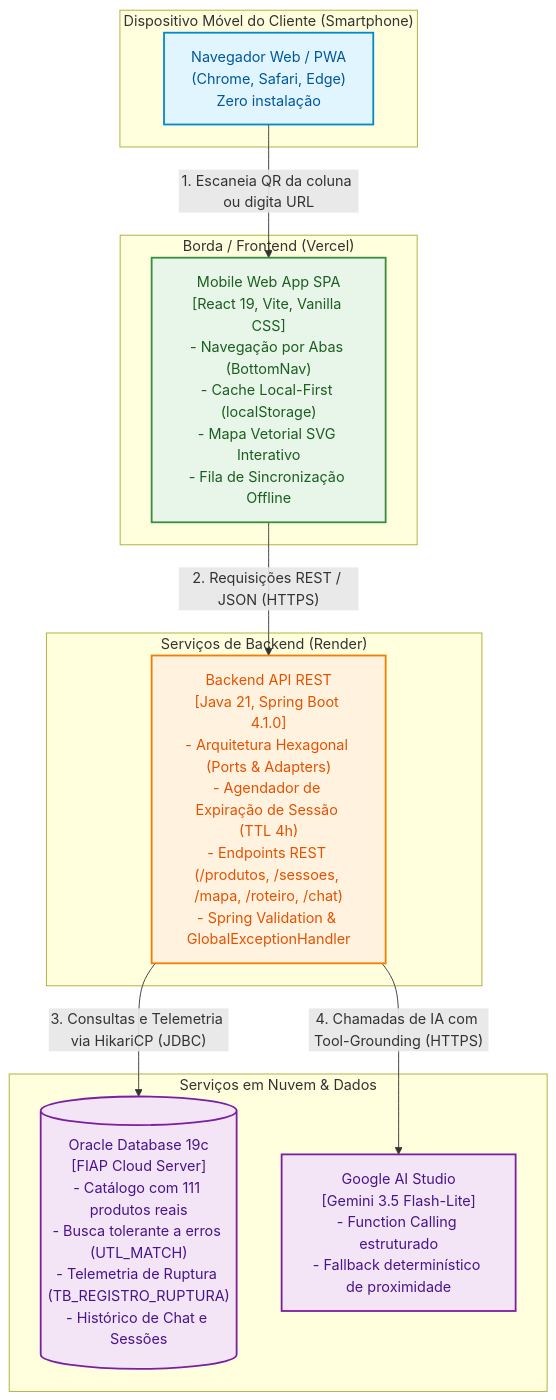
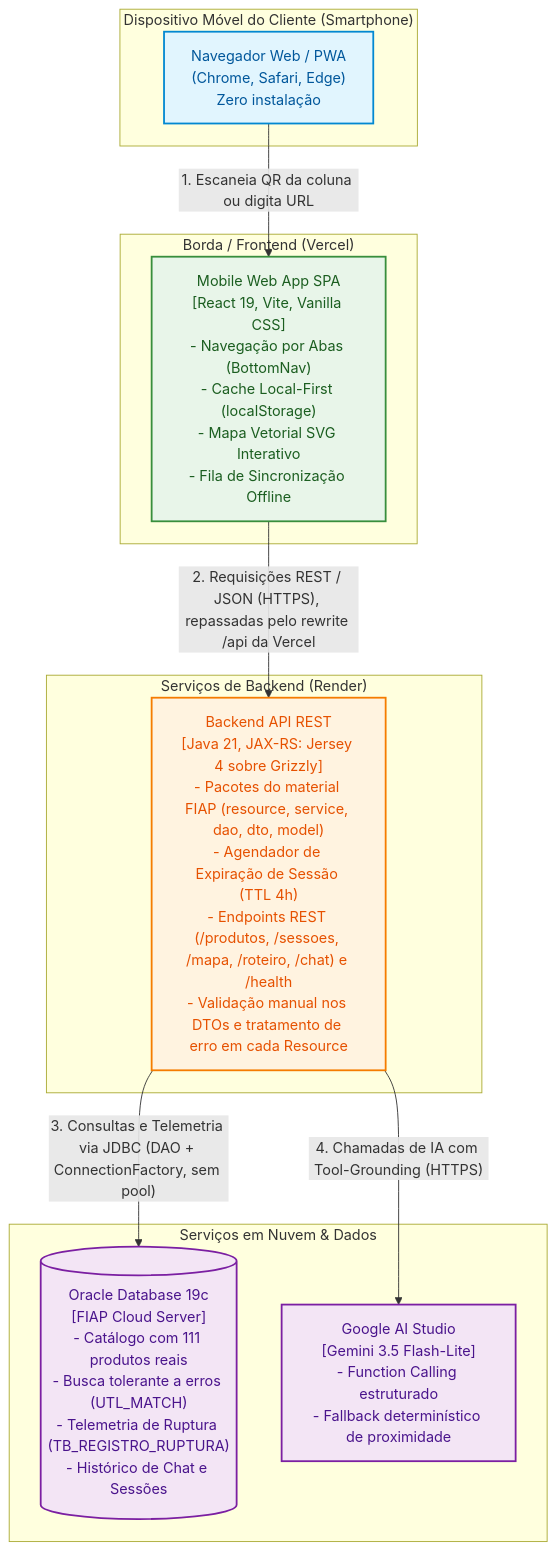
The second of 2 diagrams in docs/arquitetura/c4-model-atual.md (JoaoRicardoSOC/merlin-route-finder), drawn with Mermaid before and after one commit. The commit also changed other lines of this file and 1 other file, not shown here.

Commit message:
docs(arquitetura): C4 com o backend em JAX-RS
O conteiner da API passa a ser Jersey sobre Grizzly com JDBC sem pool;
a chamada do frontend passa pelo rewrite /api da Vercel; as decisoes
citadas trocam as do Spring (REQUIRES_NEW, open-in-view, pool Hikari)
pelas da migracao (D-89, D-90, D-91, D-94). Fecha o passo 11.4.

````diff
--- a/docs/arquitetura/c4-model-atual.md
+++ b/docs/arquitetura/c4-model-atual.md
@@ -44,34 +44,34 @@
 ```mermaid
 graph TB
     subgraph Cliente["Dispositivo Móvel do Cliente (Smartphone)"]
         Browser["Navegador Web / PWA\n(Chrome, Safari, Edge)\nZero instalação"]
     end
 
     subgraph Nuvem_Vercel["Borda / Frontend (Vercel)"]
         WebApp["Mobile Web App SPA\n[React 19, Vite, Vanilla CSS]\n- Navegação por Abas (BottomNav)\n- Cache Local-First (localStorage)\n- Mapa Vetorial SVG Interativo\n- Fila de Sincronização Offline"]
     end
 
     subgraph Nuvem_Render["Serviços de Backend (Render)"]
-        API["Backend API REST\n[Java 21, Spring Boot 4.1.0]\n- Arquitetura Hexagonal (Ports & Adapters)\n- Agendador de Expiração de Sessão (TTL 4h)\n- Endpoints REST (/produtos, /sessoes, /mapa, /roteiro, /chat)\n- Spring Validation & GlobalExceptionHandler"]
+        API["Backend API REST\n[Java 21, JAX-RS: Jersey 4 sobre Grizzly]\n- Pacotes do material FIAP (resource, service, dao, dto, model)\n- Agendador de Expiração de Sessão (TTL 4h)\n- Endpoints REST (/produtos, /sessoes, /mapa, /roteiro, /chat) e /health\n- Validação manual nos DTOs e tratamento de erro em cada Resource"]
     end
 
     subgraph Provedores_Externos["Serviços em Nuvem & Dados"]
         OracleDB[("Oracle Database 19c\n[FIAP Cloud Server]\n- Catálogo com 111 produtos reais\n- Busca tolerante a erros (UTL_MATCH)\n- Telemetria de Ruptura (TB_REGISTRO_RUPTURA)\n- Histórico de Chat e Sessões")]
         GeminiAPI["Google AI Studio\n[Gemini 3.5 Flash-Lite]\n- Function Calling estruturado\n- Fallback determinístico de proximidade"]
     end
 
     Browser -->|"1. Escaneia QR da coluna ou digita URL"| WebApp
-    WebApp -->|"2. Requisições REST / JSON (HTTPS)"| API
-    API -->|"3. Consultas e Telemetria via HikariCP (JDBC)"| OracleDB
+    WebApp -->|"2. Requisições REST / JSON (HTTPS), repassadas pelo rewrite /api da Vercel"| API
+    API -->|"3. Consultas e Telemetria via JDBC (DAO + ConnectionFactory, sem pool)"| OracleDB
     API -->|"4. Chamadas de IA com Tool-Grounding (HTTPS)"| GeminiAPI
 
     classDef client fill:#E1F5FE,stroke:#0288D1,stroke-width:2px,color:#01579B;
     classDef vercel fill:#E8F5E9,stroke:#388E3C,stroke-width:2px,color:#1B5E20;
     classDef render fill:#FFF3E0,stroke:#F57C00,stroke-width:2px,color:#E65100;
     classDef extern fill:#F3E5F5,stroke:#7B1FA2,stroke-width:2px,color:#4A148C;
 
     class Browser client;
     class WebApp vercel;
     class API render;
     class OracleDB,GeminiAPI extern;
 ```
````
